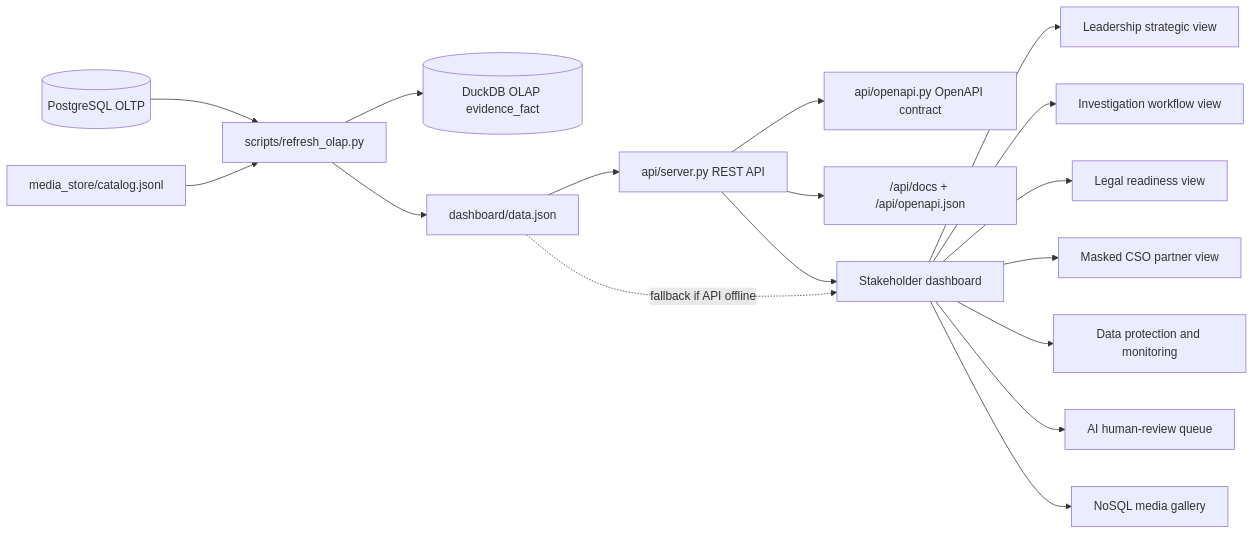
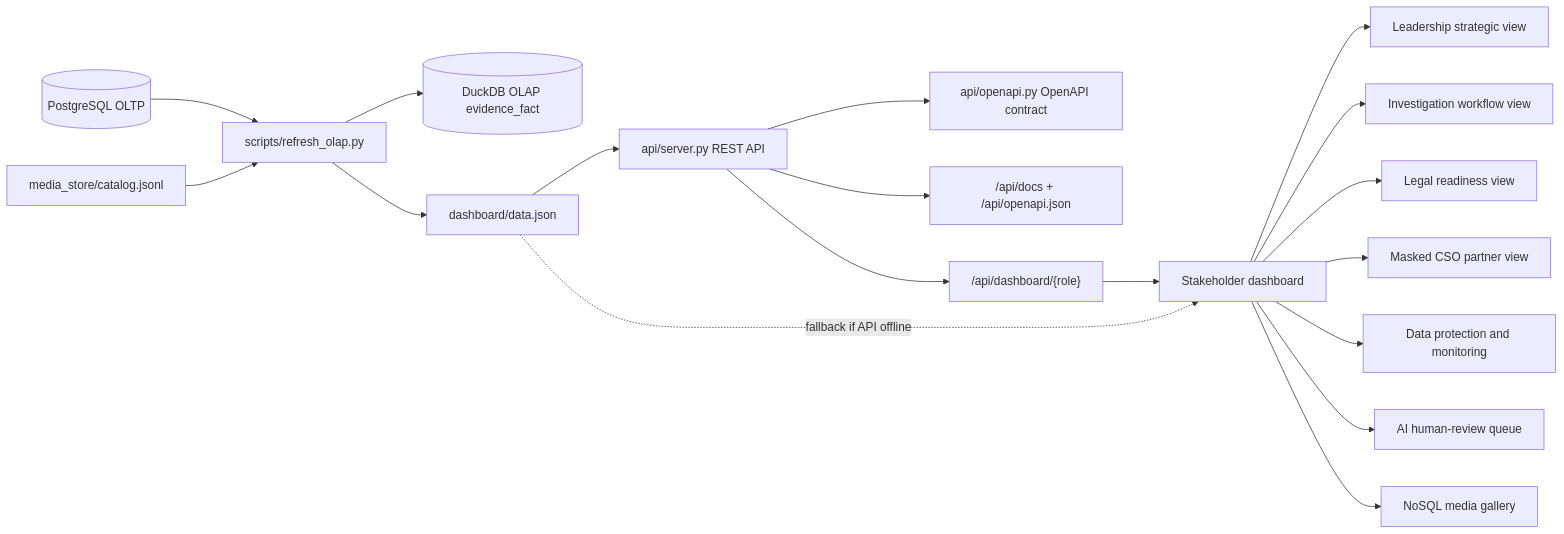
The third of 4 diagrams in architecture_and_business_case.md (waigisteve/hrt-dbm-evidence-ops), drawn with Mermaid before and after one commit. The commit also changed other lines of this file and 6 other files, not shown here.

Commit message:
Use role-specific dashboard API reads

````diff
--- a/architecture_and_business_case.md
+++ b/architecture_and_business_case.md
@@ -87,20 +87,21 @@
 ```mermaid
 flowchart LR
     PG[("PostgreSQL OLTP")] --> ETL["scripts/refresh_olap.py"]
     MediaCatalog["media_store/catalog.jsonl"] --> ETL
     ETL --> Duck[(DuckDB OLAP evidence_fact)]
     ETL --> Snapshot["dashboard/data.json"]
     Snapshot --> Api["api/server.py REST API"]
     Api --> OpenAPI["api/openapi.py OpenAPI contract"]
     Api --> ApiDocs["/api/docs + /api/openapi.json"]
-    Api --> Dashboard["Stakeholder dashboard"]
+    Api --> RoleApi["/api/dashboard/{role}"]
+    RoleApi --> Dashboard["Stakeholder dashboard"]
     Snapshot -. fallback if API offline .-> Dashboard
 
     Dashboard --> Leadership[Leadership strategic view]
     Dashboard --> Investigations[Investigation workflow view]
     Dashboard --> Legal[Legal readiness view]
     Dashboard --> Partners[Masked CSO partner view]
     Dashboard --> DP[Data protection and monitoring]
     Dashboard --> AI[AI human-review queue]
     Dashboard --> Media[NoSQL media gallery]
 ```
````
